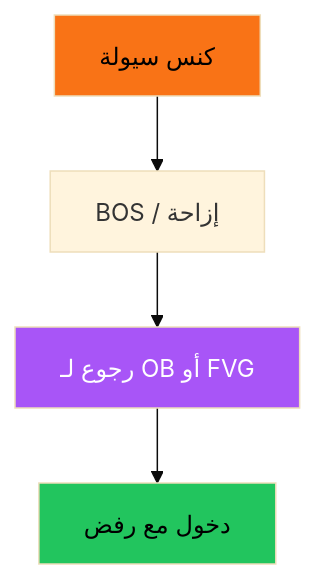
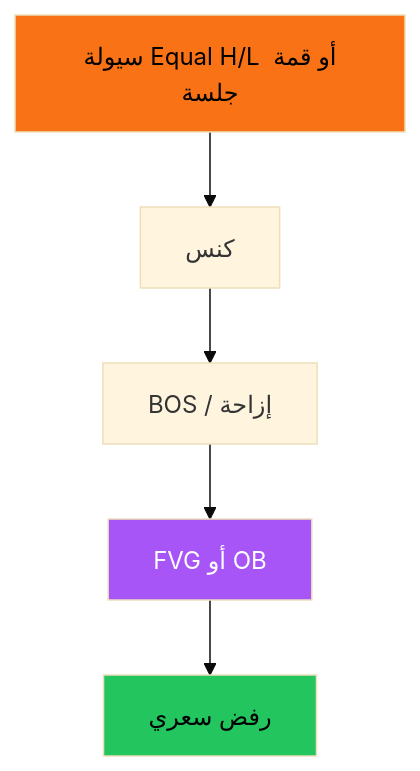
The diagram in docs/academy/visual/04-smc.md (saudmoto6868-oss/ai-trading-dashboard), drawn with Mermaid (base theme) before and after one commit. The commit also changed other lines of this file and 11 other files, not shown here.

````diff
--- a/docs/academy/visual/04-smc.md
+++ b/docs/academy/visual/04-smc.md
@@ -11,9 +11,10 @@
 ```mermaid
 flowchart TB
-  S["كنس سيولة"] --> B["BOS / إزاحة"]
-  B --> Z["رجوع لـ OB أو FVG"]
-  Z --> E["دخول مع رفض"]
-  style S fill:#f97316,color:#000
+  L["سيولة Equal H/L أو قمة جلسة"] --> S["كنس"]
+  S --> B["BOS / إزاحة"]
+  B --> Z["FVG أو OB"]
+  Z --> R["رفض سعري"]
+  style L fill:#f97316,color:#000
   style Z fill:#a855f7,color:#fff
-  style E fill:#22c55e,color:#000
+  style R fill:#22c55e,color:#000
 ```
````
